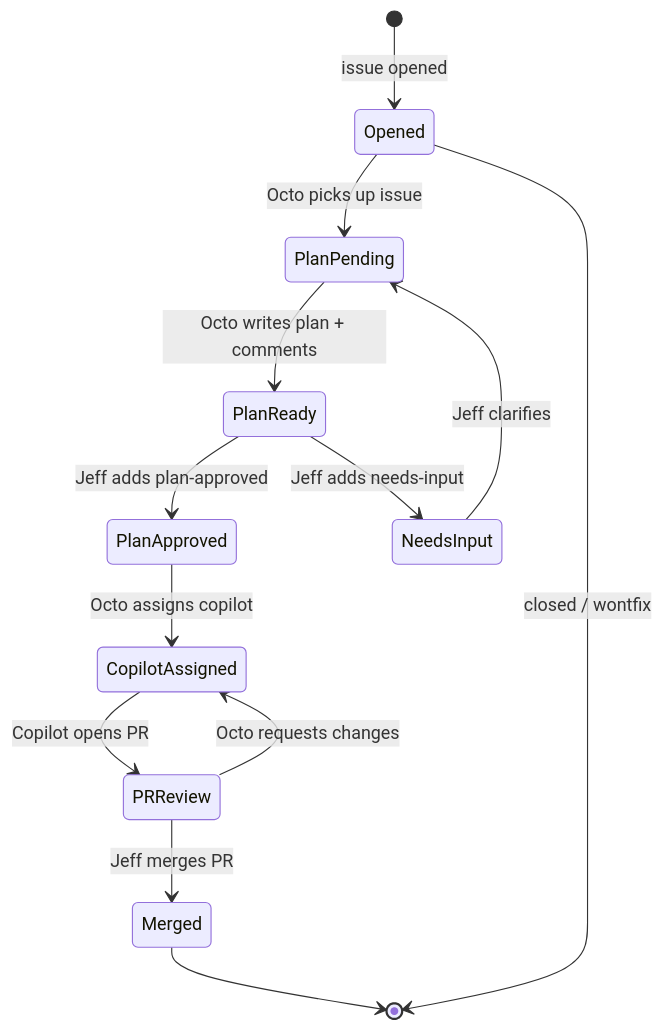
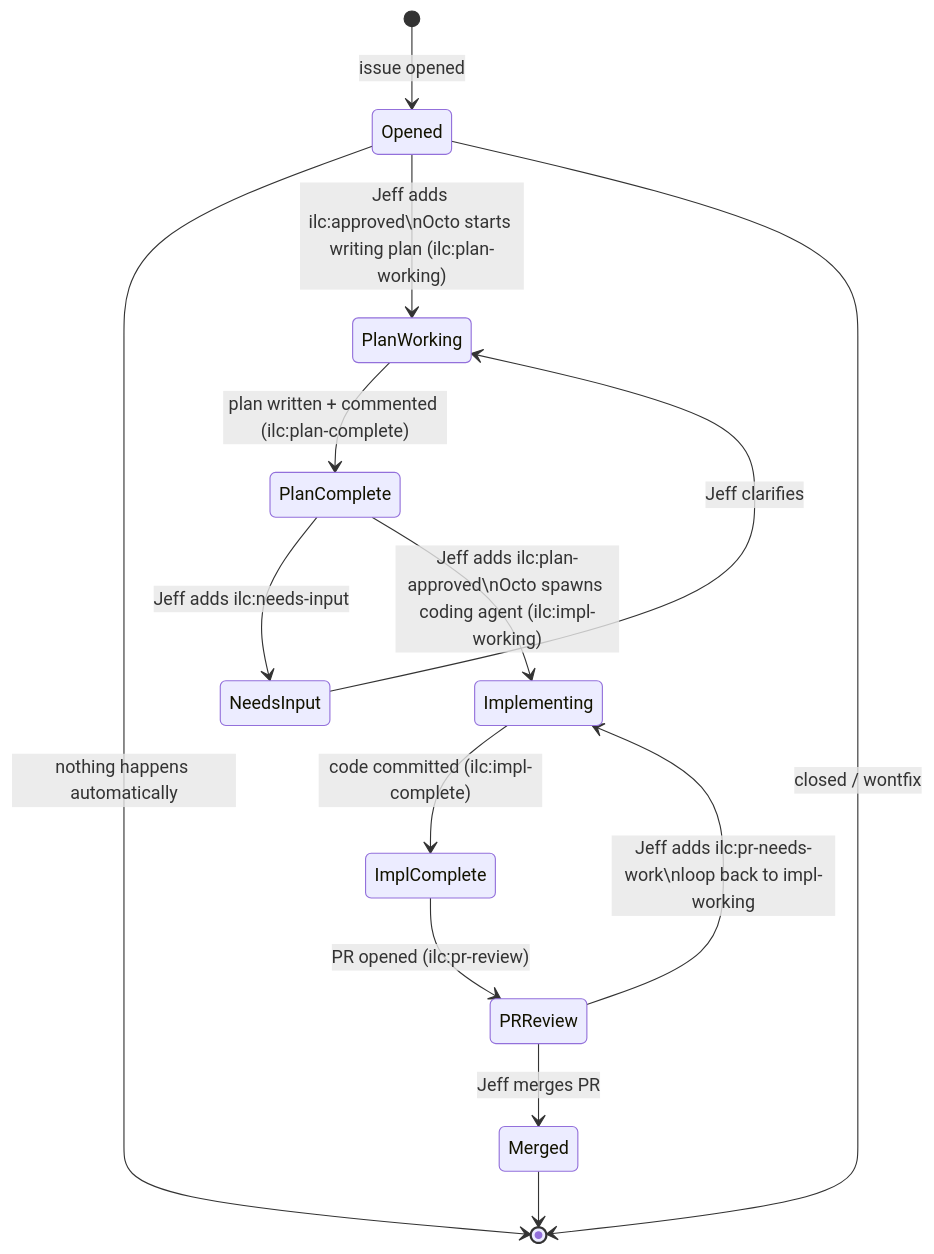
One commit to JeffSteinbok/octo-docs changed the diagram in docs/harness/issue-lifecycle.md. Above: the diagram before and after it, drawn with Mermaid. The commit also changed other lines of this file, not shown here.

First line of the commit message:
docs: update issue lifecycle state machine

````diff
--- a/docs/harness/issue-lifecycle.md
+++ b/docs/harness/issue-lifecycle.md
@@ -23,25 +24,27 @@
 ```mermaid
 stateDiagram-v2
     [*] --> Opened : issue opened
 
-    Opened --> PlanPending : Octo picks up issue
+    Opened --> [*] : nothing happens automatically
 
-    PlanPending --> PlanReady : Octo writes plan + comments
+    Opened --> PlanWorking : Jeff adds ilc:approved\nOcto starts writing plan (ilc:plan-working)
 
-    PlanReady --> PlanApproved : Jeff adds plan-approved
+    PlanWorking --> PlanComplete : plan written + commented (ilc:plan-complete)
 
-    PlanReady --> NeedsInput : Jeff adds needs-input
+    PlanComplete --> NeedsInput : Jeff adds ilc:needs-input
 
-    NeedsInput --> PlanPending : Jeff clarifies
+    NeedsInput --> PlanWorking : Jeff clarifies
 
-    PlanApproved --> CopilotAssigned : Octo assigns copilot
+    PlanComplete --> Implementing : Jeff adds ilc:plan-approved\nOcto spawns coding agent (ilc:impl-working)
 
-    CopilotAssigned --> PRReview : Copilot opens PR
+    Implementing --> ImplComplete : code committed (ilc:impl-complete)
+
+    ImplComplete --> PRReview : PR opened (ilc:pr-review)
 
     PRReview --> Merged : Jeff merges PR
 
-    PRReview --> CopilotAssigned : Octo requests changes
+    PRReview --> Implementing : Jeff adds ilc:pr-needs-work\nloop back to impl-working
 
     Merged --> [*]
     Opened --> [*] : closed / wontfix
 ```
````
